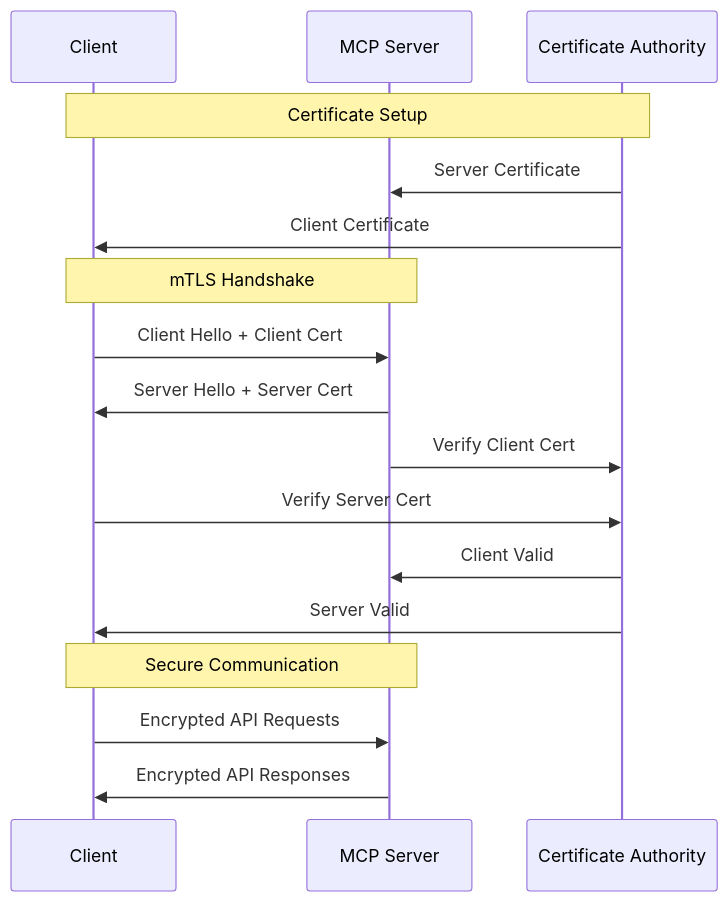
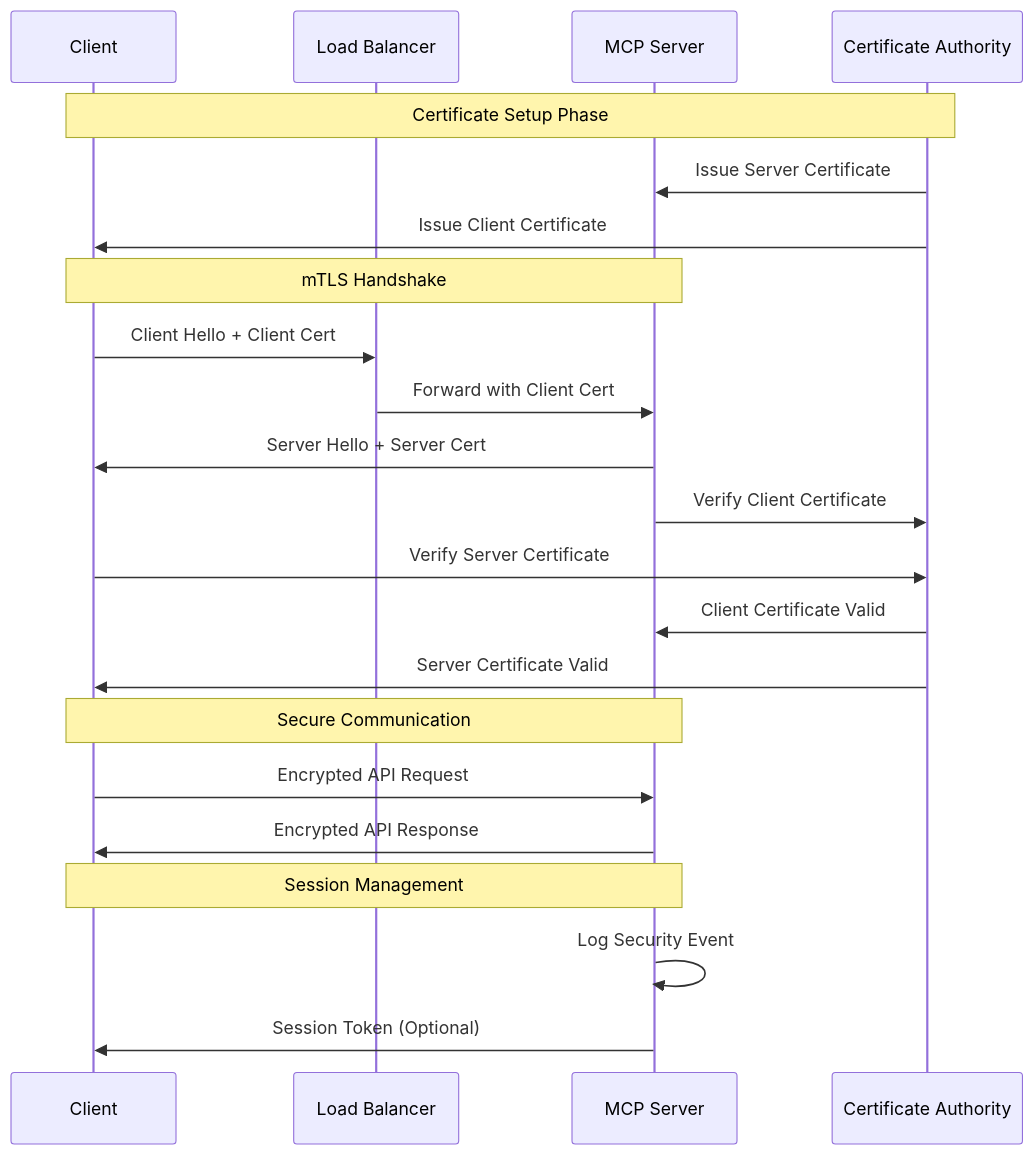
Before and after one commit to elementalcollision/GraphMemory-IDE: the seventh of 17 diagrams in README.md, drawn with Mermaid. The commit also changed other lines of this file and 23 other files, not shown here.

````diff
--- a/README.md
+++ b/README.md
@@ -304,22 +407,29 @@
 ```mermaid
 sequenceDiagram
     participant Client
+    participant LB as Load Balancer
     participant Server as MCP Server
     participant CA as Certificate Authority
     
-    Note over Client,CA: Certificate Setup
-    CA->>Server: Server Certificate
-    CA->>Client: Client Certificate
+    Note over Client,CA: Certificate Setup Phase
+    CA->>Server: Issue Server Certificate
+    CA->>Client: Issue Client Certificate
     
     Note over Client,Server: mTLS Handshake
-    Client->>Server: Client Hello + Client Cert
+    Client->>LB: Client Hello + Client Cert
+    LB->>Server: Forward with Client Cert
     Server->>Client: Server Hello + Server Cert
-    Server->>CA: Verify Client Cert
-    Client->>CA: Verify Server Cert
-    CA->>Server: Client Valid
-    CA->>Client: Server Valid
+    
+    Server->>CA: Verify Client Certificate
+    Client->>CA: Verify Server Certificate
+    CA->>Server: Client Certificate Valid
+    CA->>Client: Server Certificate Valid
     
     Note over Client,Server: Secure Communication
-    Client->>Server: Encrypted API Requests
-    Server->>Client: Encrypted API Responses
+    Client->>Server: Encrypted API Request
+    Server->>Client: Encrypted API Response
+    
+    Note over Client,Server: Session Management
+    Server->>Server: Log Security Event
+    Server->>Client: Session Token (Optional)
 ```
````
